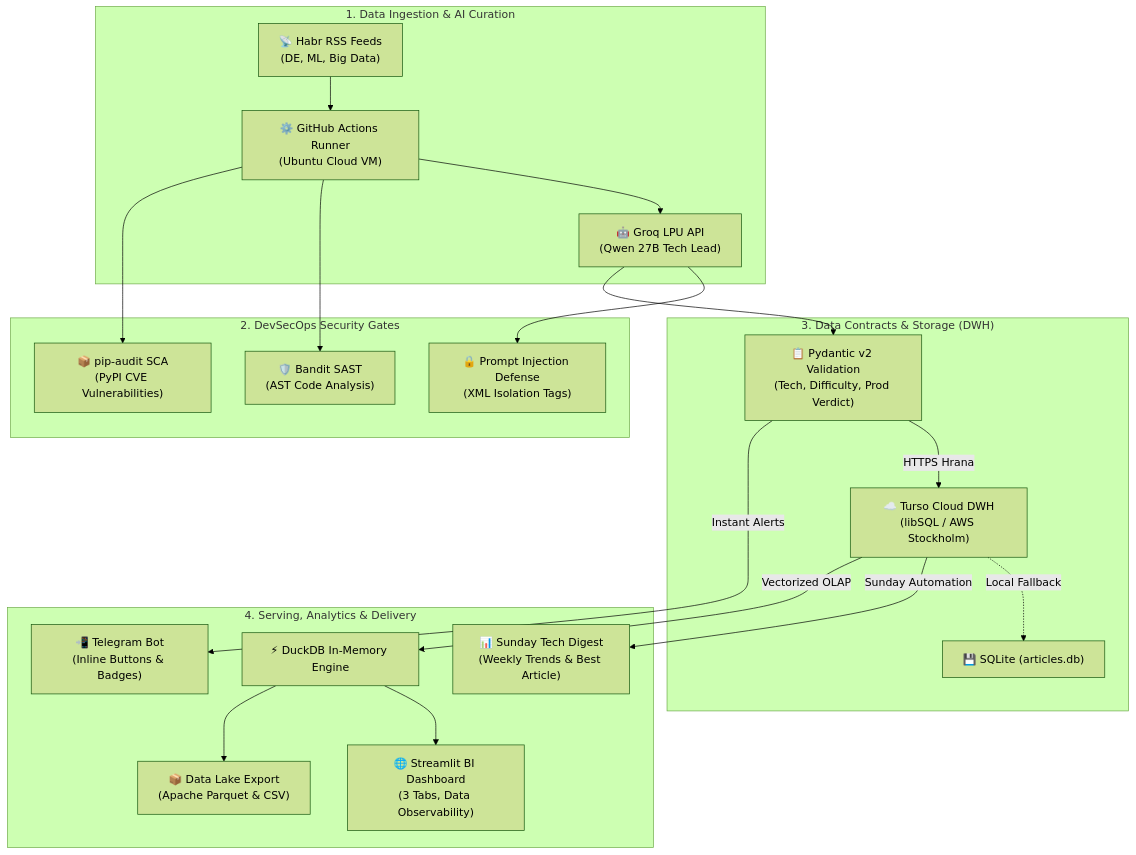
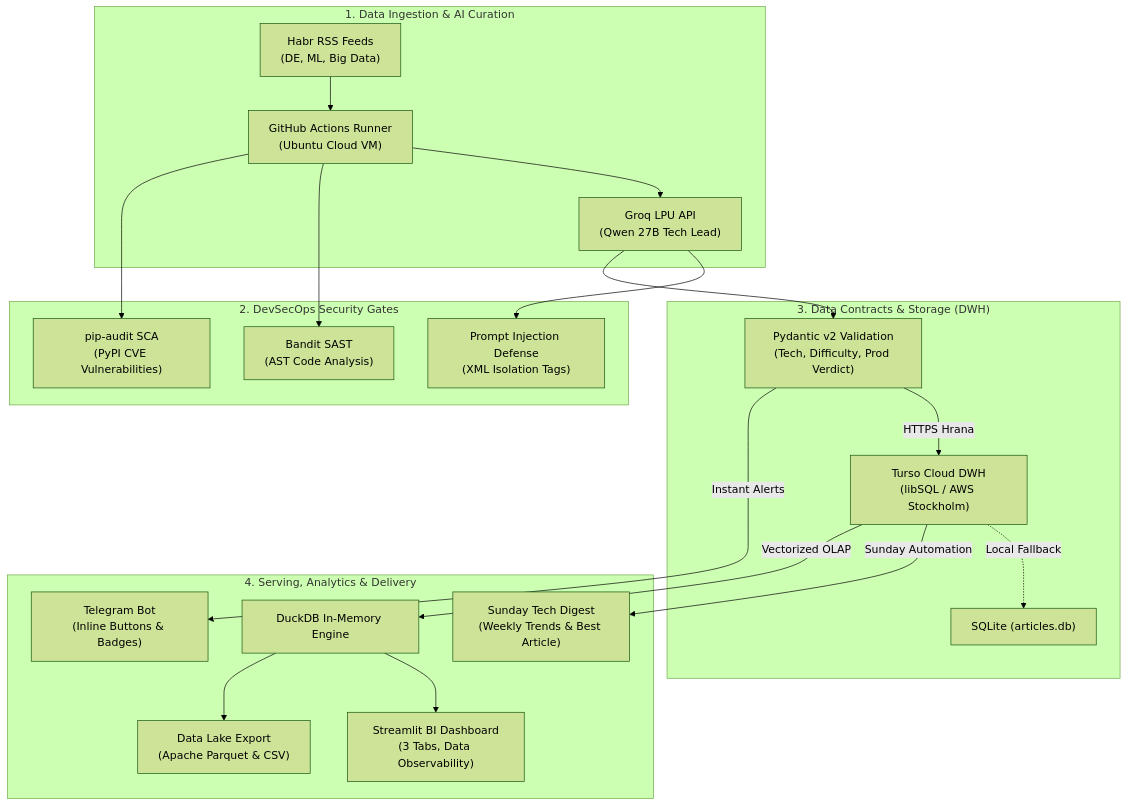
Before and after one commit to K0ldan/habr-bot: the diagram in README.md, drawn with Mermaid (forest theme). The commit also changed other lines of this file, not shown here.

````diff
--- a/README.md
+++ b/README.md
@@ -18,27 +18,28 @@
 ```mermaid
 flowchart TD
     subgraph Ingestion ["1. Data Ingestion & AI Curation"]
-        A["📡 Habr RSS Feeds\n(DE, ML, Big Data)"] --> B["⚙️ GitHub Actions Runner\n(Ubuntu Cloud VM)"]
-        B --> C["🤖 Groq LPU API\n(Qwen 27B Tech Lead)"]
+        A["Habr RSS Feeds\n(DE, ML, Big Data)"] --> B["GitHub Actions Runner\n(Ubuntu Cloud VM)"]
+        C["Groq LPU API\n(Qwen 27B Tech Lead)"]
+        B --> C
     end
 
     subgraph Security ["2. DevSecOps Security Gates"]
-        B --> S1["🛡️ Bandit SAST\n(AST Code Analysis)"]
-        B --> S2["📦 pip-audit SCA\n(PyPI CVE Vulnerabilities)"]
-        C --> S3["🔒 Prompt Injection Defense\n(XML Isolation Tags)"]
+        B --> S1["Bandit SAST\n(AST Code Analysis)"]
+        B --> S2["pip-audit SCA\n(PyPI CVE Vulnerabilities)"]
+        C --> S3["Prompt Injection Defense\n(XML Isolation Tags)"]
     end
 
     subgraph Contracts ["3. Data Contracts & Storage (DWH)"]
-        C --> D["📋 Pydantic v2 Validation\n(Tech, Difficulty, Prod Verdict)"]
-        D -->|HTTPS Hrana| E["☁️ Turso Cloud DWH\n(libSQL / AWS Stockholm)"]
-        E -.->|Local Fallback| E2["💾 SQLite (articles.db)"]
+        C --> D["Pydantic v2 Validation\n(Tech, Difficulty, Prod Verdict)"]
+        D -->|HTTPS Hrana| E["Turso Cloud DWH\n(libSQL / AWS Stockholm)"]
+        E -.->|Local Fallback| E2["SQLite (articles.db)"]
     end
 
     subgraph Serving ["4. Serving, Analytics & Delivery"]
-        D -->|Instant Alerts| F["📲 Telegram Bot\n(Inline Buttons & Badges)"]
-        E -->|Sunday Automation| F2["📊 Sunday Tech Digest\n(Weekly Trends & Best Article)"]
-        E -->|Vectorized OLAP| G["⚡ DuckDB In-Memory Engine"]
-        G --> H["🌐 Streamlit BI Dashboard\n(3 Tabs, Data Observability)"]
-        G --> I["📦 Data Lake Export\n(Apache Parquet & CSV)"]
+        D -->|Instant Alerts| F["Telegram Bot\n(Inline Buttons & Badges)"]
+        E -->|Sunday Automation| F2["Sunday Tech Digest\n(Weekly Trends & Best Article)"]
+        E -->|Vectorized OLAP| G["DuckDB In-Memory Engine"]
+        G --> H["Streamlit BI Dashboard\n(3 Tabs, Data Observability)"]
+        G --> I["Data Lake Export\n(Apache Parquet & CSV)"]
     end
 ```
````
